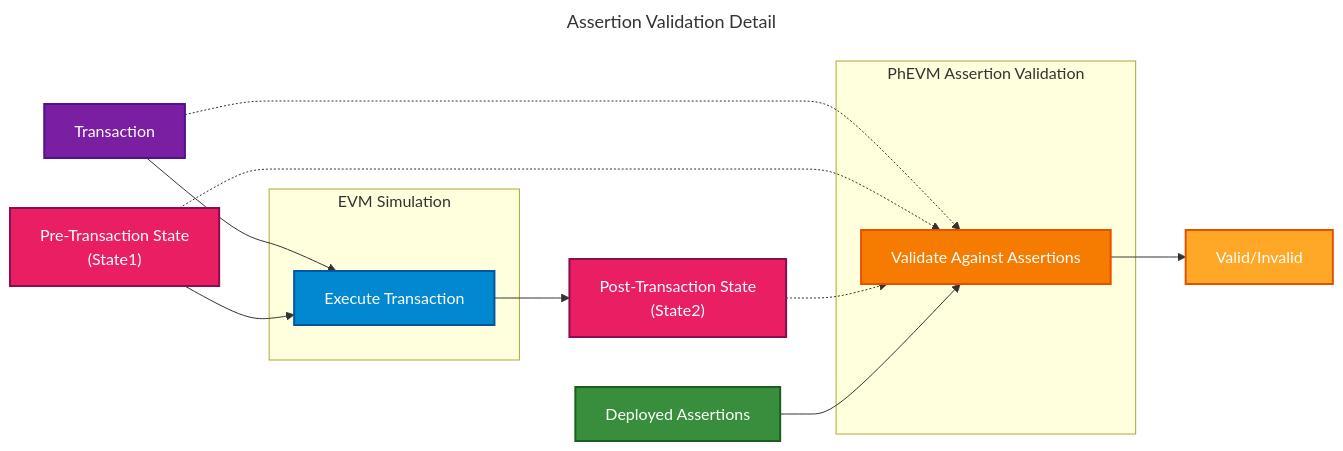
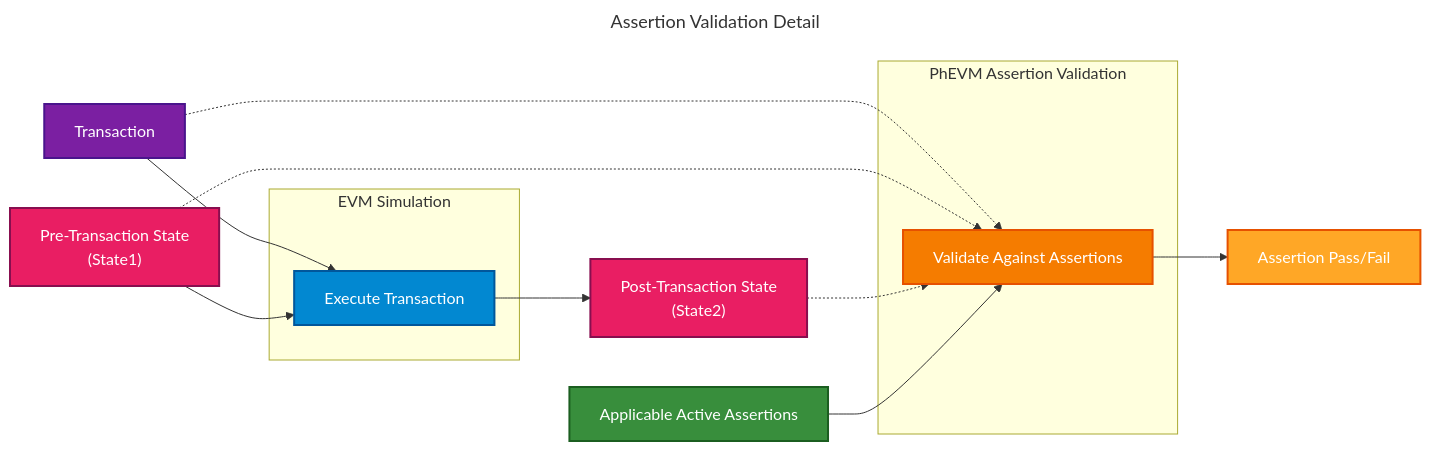
One commit to phylaxsystems/phylax-docs changed the diagram in credible/assertion-enforcer.mdx. Above: the diagram before and after it, drawn with Mermaid. The commit also changed other lines of this file and 18 other files, not shown here.

````diff
--- a/credible/assertion-enforcer.mdx
+++ b/credible/assertion-enforcer.mdx
@@ -26,46 +26,46 @@
 ```mermaid
 ---
 title: Assertion Validation Detail
 ---
 flowchart LR
     TX["Transaction"]
     STATE1["Pre-Transaction State<br/>(State1)"]
 
     subgraph simulation["EVM Simulation"]
         EVM["Execute Transaction"]
     end
 
     STATE2["Post-Transaction State<br/>(State2)"]
 
     subgraph validation["PhEVM Assertion Validation"]
         PhEVM["Validate Against Assertions"]
     end
 
-    ASSERTIONS["Deployed Assertions"]
-    RESULT["Valid/Invalid"]
+    ASSERTIONS["Applicable Active Assertions"]
+    RESULT["Assertion Pass/Fail"]
 
     TX --> EVM
     STATE1 --> EVM
     EVM --> STATE2
 
     TX -.-> PhEVM
     STATE1 -.-> PhEVM
     STATE2 -.-> PhEVM
     ASSERTIONS --> PhEVM
 
     PhEVM --> RESULT
 
     classDef state fill:#e91e63,stroke:#880e4f,stroke-width:2px,color:#fff
     classDef evm fill:#0288d1,stroke:#01579b,stroke-width:2px,color:#fff
     classDef phevm fill:#f57c00,stroke:#e65100,stroke-width:2px,color:#fff
     classDef assertions fill:#388e3c,stroke:#1b5e20,stroke-width:2px,color:#fff
     classDef tx fill:#7b1fa2,stroke:#4a148c,stroke-width:2px,color:#fff
     classDef result fill:#ffa726,stroke:#e65100,stroke-width:2px,color:#fff
 
     class STATE1,STATE2 state
     class EVM evm
     class PhEVM phevm
     class ASSERTIONS assertions
     class TX tx
     class RESULT result
 ```
````
